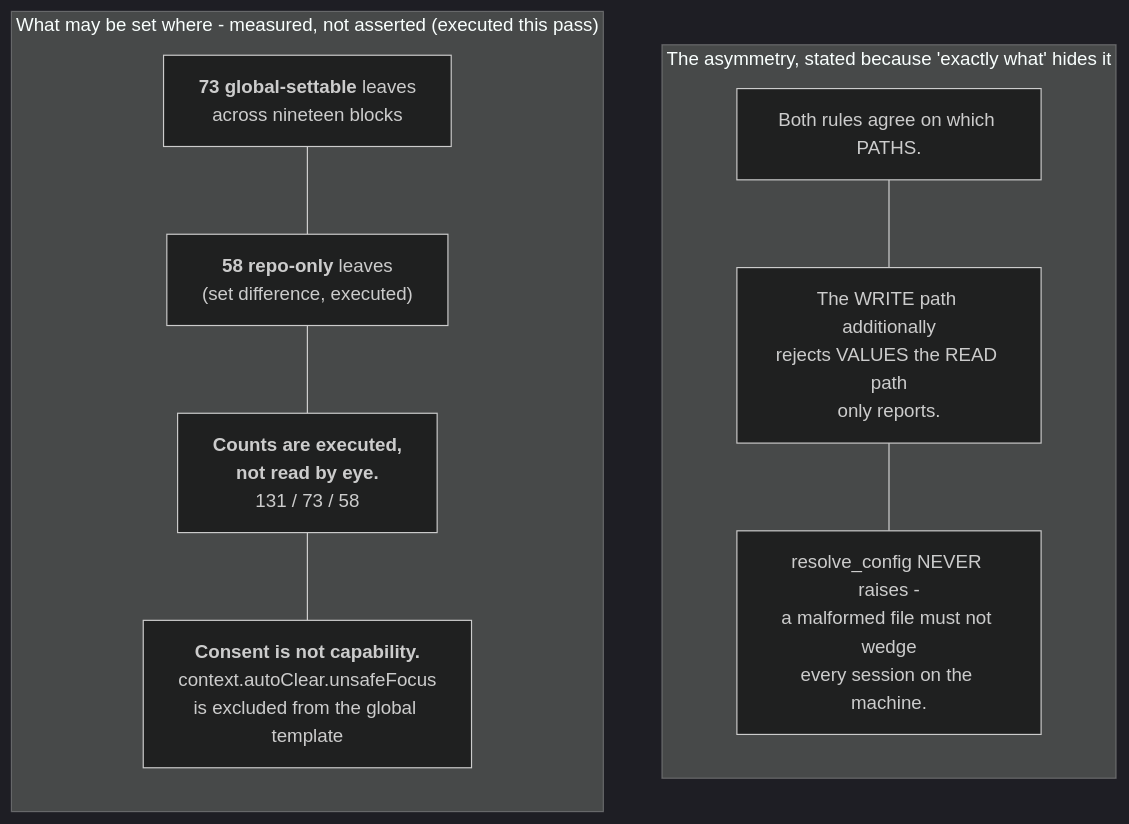
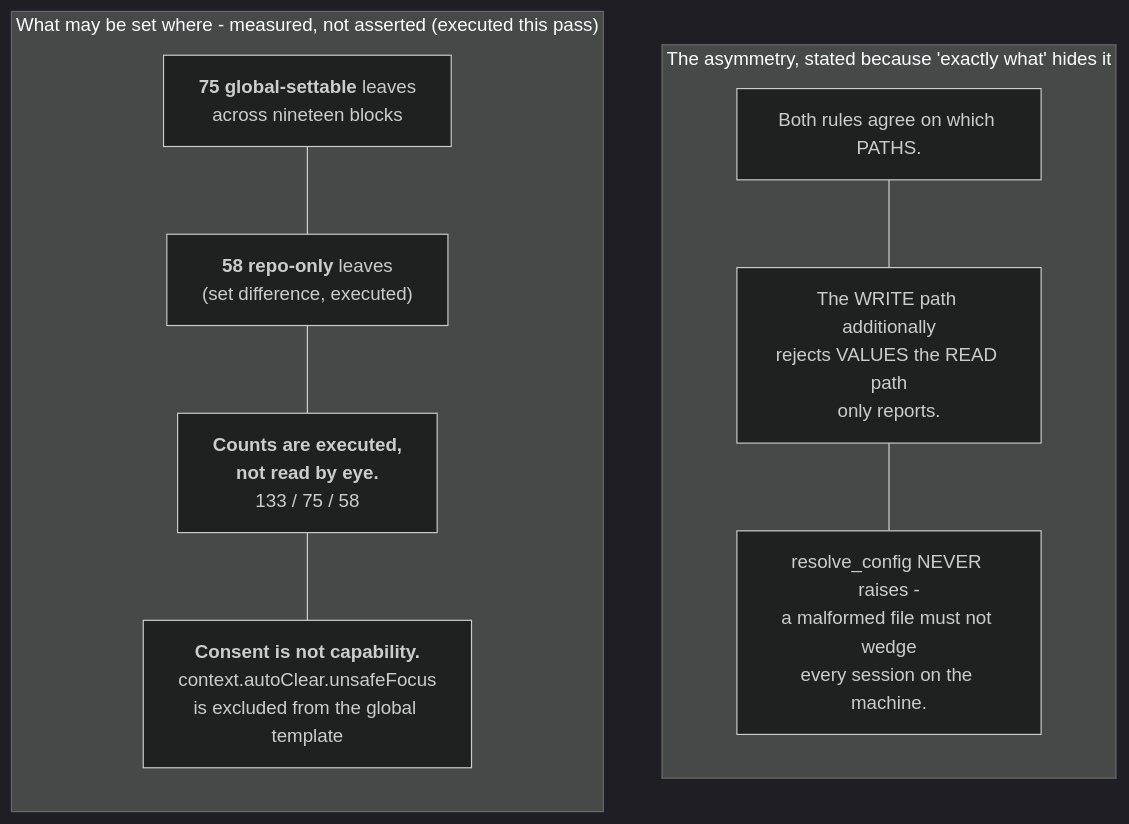
The diagram in docs/diagrams/data-flow-crew-config-split.mmd (mbadali25/useful-claude-add-ons), drawn with Mermaid (dark theme) before and after one commit. The commit also changed 9 other files, not shown here.

First line of the commit message:
T-0066: counts re-measured on the merged tree (133 / 75 / 58), crew_config and crew_state cites re-pointed, since-claims to 1.0.333

```diff
--- a/docs/diagrams/data-flow-crew-config-split.mmd
+++ b/docs/diagrams/data-flow-crew-config-split.mmd
@@ -1,61 +1,62 @@
 %% Generated from useful-claude-add-ons@452b30cc on 2026-10-02. Verify before trusting.
 %% Anchors: plugin/crew/hooks/scripts/crew_config.py, plugin/crew/hooks/scripts/crew_state.py
 %% Purpose: What may be set in the machine file versus only in the repo file (measured leaf counts), and the one asymmetry between the read rule and the write rule.
 %% Split from data-flow-crew-config.mmd (the overview); edges to other parts are drawn there.
-%% Re-drawn for T-0066 (crew 1.0.330, merging origin/main c9263465): 131 / 73 / 58 executed - T-0066's `git.forbiddenTrailers`
-%%    in both layers on T-0061's 130 / 72 / 58 (`tickets.baseBranch`, repo-only). S1, S2, S3 updated.
+%% Re-drawn for T-0066 (crew 1.0.333, merging origin/main edb2b8ff): 133 / 75 / 58 executed - T-0066's `git.forbiddenTrailers`
+%%    in both layers on main's 132 / 74 / 58 (T-0013's resume.typeDelaySeconds and resume.readyTimeoutSeconds, both
+%%    layers, on T-0061's 130 / 72 / 58 with `tickets.baseBranch`, repo-only). S1, S2, S3 updated; S4's cite re-pointed.
 %% METHODOLOGY: leaf counts below (125 / 68 / 57 at d7c7c75c - T-0010's two repo-only autopilot
 %% keys on T-0072's 123 / 68 / 55, whose `autopilot.deploy` is repo-only too; 124 / 68 / 56 at
 %% c817782f on T-0010-solo; 122 / 68 / 54 on T-0023's merge of main - T-0023's `route.enabled`,
 %% both layers; 121 / 67 / 54 on the T-0005 landing merge; 119 / 66 / 53 at
 %% 07ca3972 - T-0004's `autopilot`, repo-only; 118 / 66 / 52 at T-0005's fc54def6 -
 %% environments.prodUnattended in both, environments.nonProd repo-only; 117 / 66 / 51 at
 %% 6d35ef8c; 116 / 65 / 51 before T-0006 added `resume.auto` to both templates) come from executing
 %% `crew_config.leaf_paths(crew_config.default_config())` and the same for
 %% `default_global_config()` in THIS worktree (module resolution confirmed
 %% local: `crew_config.__file__` resolves under this checkout, not an
 %% installed plugin cache) - not from reading the dict literals by eye.
 %% `.crew/codemap/crew.md` agrees (its table was corrected from 114/63 to the
 %% executed 116/65 on 2026-09-25, records 119 at 07ca3972 and 121 on the T-0005 landing merge) and carries the one-line re-measure command.
 %% Note A2: The WRITE path additionally rejects VALUES the READ path only reports.
 %% Note A3: resolve_config NEVER raises - a malformed file must not wedge every session on the machine.
-%% Note S1: <b>73 global-settable</b> leaves, across nineteen blocks: qa, dev, worktree, secondOpinion,
+%% Note S1: <b>75 global-settable</b> leaves, across nineteen blocks: qa, dev, worktree, secondOpinion,
 %%    memory, notify, pm, context.autoClear, docs, bitbucket, github, install, guards (all TEN), change,
-%%    resume (T-0006: machine opt-in, repo may only veto), environments (prodUnattended only, T-0005), route
+%%    resume (T-0006: machine opt-in, repo may only veto; T-0013: typeDelaySeconds, readyTimeoutSeconds), environments (prodUnattended only, T-0005), route
 %%    (T-0023: route.enabled, repo beats machine - read by crew_route.settings through resolve_config),
 %%    shellRoute (T-0040: mode + distro, both layers), git (T-0066: forbiddenTrailers, both layers, combined by
 %%    UNION in crew_trailers.forbidden, not precedence)
 %% Note S2: <b>58 repo-only</b> leaves (set difference, executed), environments.nonProd (T-0005), tickets.baseBranch (T-0061),
 %%    autopilot.deploy (T-0072) and autopilot.approval/questions (T-0010) among them. Whole blocks absent from
 %%    the global template: autopilot, cloud, emergency, graph, jira, obsidian, platform, production, roles,
 %%    schema, scope, sdp, tier, tracker, verifyGate - <b>cloud and scope are NEW repo-only blocks since the
 %%    previous anchor</b> (cloud identity pins, the T3 scope guard); <b>autopilot is NEW at 07ca3972</b>
 %%    (T-0004, mode + maxPhases, CONFIG.md §20; deploy added by T-0072, approval + questions by T-0010)
-%% Note S3: <b>Counts are executed, not read by eye.</b> 131 repo-template / 73 global / 58 repo-only on
-%%    T-0066 after merging main c9263465 (130 / 72 / 58 on T-0061 after main 34d9f267, 129 / 72 / 57 on T-0040-land's merge of main 844bfc36, 127 / 70 / 57 on its merge of 6a8c60b1, 125 / 70 / 55 on T-0040's
+%% Note S3: <b>Counts are executed, not read by eye.</b> 133 repo-template / 75 global / 58 repo-only on
+%%    T-0066 after merging main edb2b8ff (132 / 74 / 58 on main after T-0013, 131 / 73 / 58 on T-0066 after main c9263465, 130 / 72 / 58 on T-0061 after main 34d9f267, 129 / 72 / 57 on T-0040-land's merge of main 844bfc36, 127 / 70 / 57 on its merge of 6a8c60b1, 125 / 70 / 55 on T-0040's
 %%    branch, 125 / 68 / 57 at d7c7c75c, T-0010-solo's merge of 6387ab49, 123 / 68 / 55 on T-0072's merge of
 %%    main, 124 / 68 / 56 at c817782f on T-0010-solo, 122 / 68 / 54 on T-0023's merge of main, 121 / 67 / 54
 %%    on the T-0005 landing merge, 120 / 67 / 53 at T-0023's eba11657, 119 / 66 / 53 at 07ca3972, 118 / 66 /
 %%    52 at fc54def6, 117 / 66 / 51 at 6d35ef8c, 116 / 65 / 51 at 6c497a14); .crew/codemap/crew.md agrees and
 %%    gives the re-measure command.
 %% Note S4: <b>Consent is not capability.</b> context.autoClear.unsafeFocus is excluded from the global
-%%    template on purpose (AUTOCLEAR_CONSENT_KEYS, crew_state.py:711) - a Wayland focus-typing risk accepted
+%%    template on purpose (AUTOCLEAR_CONSENT_KEYS, crew_state.py:746) - a Wayland focus-typing risk accepted
 %%    once must not arm for every repo.
 flowchart TB
 
     subgraph Asym["The asymmetry, stated because 'exactly what' hides it"]
         direction TB
         A1["Both rules agree on which PATHS."]
         A2["The WRITE path additionally<br/>rejects VALUES the READ path<br/>only reports."]
         A3["resolve_config NEVER raises -<br/>a malformed file must not wedge<br/>every session on the machine."]
         A1 --- A2 --- A3
     end
 
     subgraph Split["What may be set where - measured, not asserted (executed this pass)"]
         direction TB
-        S1["<b>73 global-settable</b> leaves<br/>across nineteen blocks"]
+        S1["<b>75 global-settable</b> leaves<br/>across nineteen blocks"]
         S2["<b>58 repo-only</b> leaves<br/>(set difference, executed)"]
-        S3["<b>Counts are executed,</b><br/><b>not read by eye.</b><br/>131 / 73 / 58"]
+        S3["<b>Counts are executed,</b><br/><b>not read by eye.</b><br/>133 / 75 / 58"]
         S4["<b>Consent is not capability.</b><br/>context.autoClear.unsafeFocus<br/>is excluded from the global template"]
         S1 --- S2 --- S3 --- S4
     end
```
